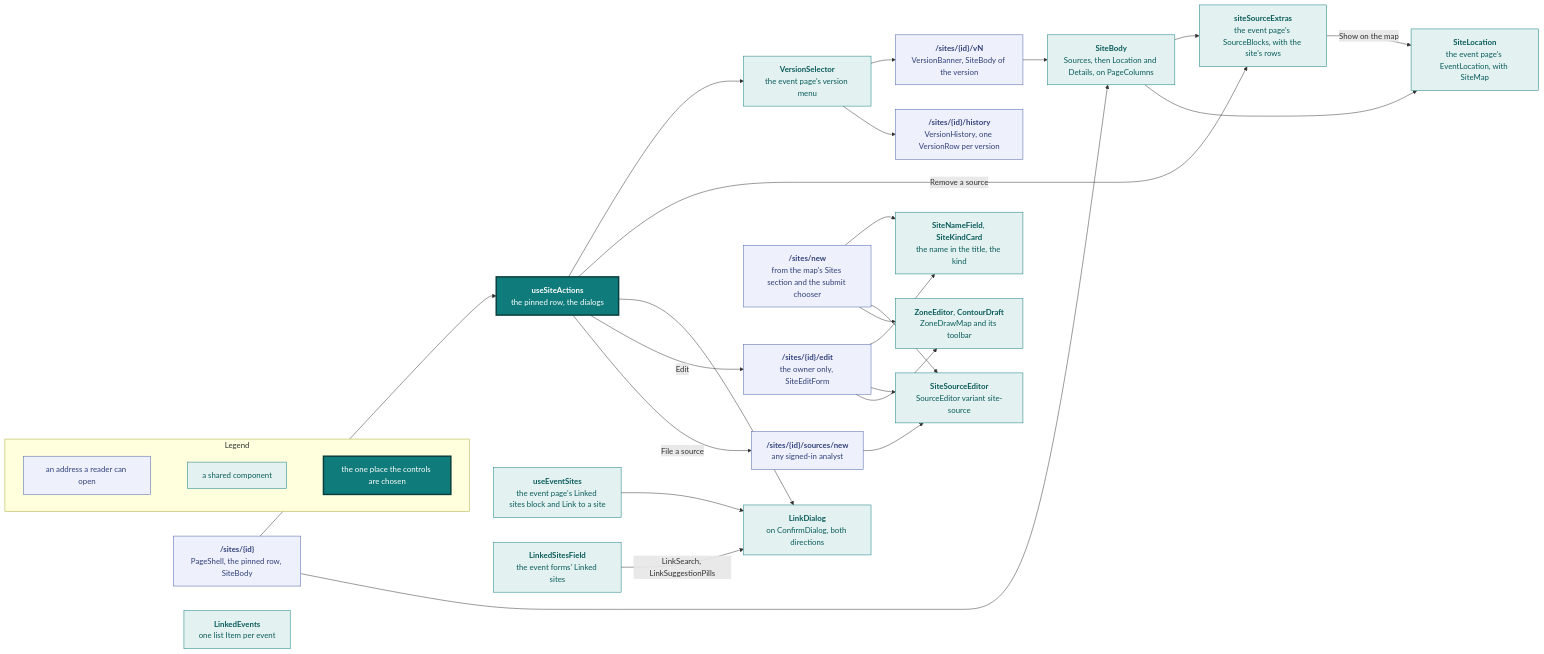
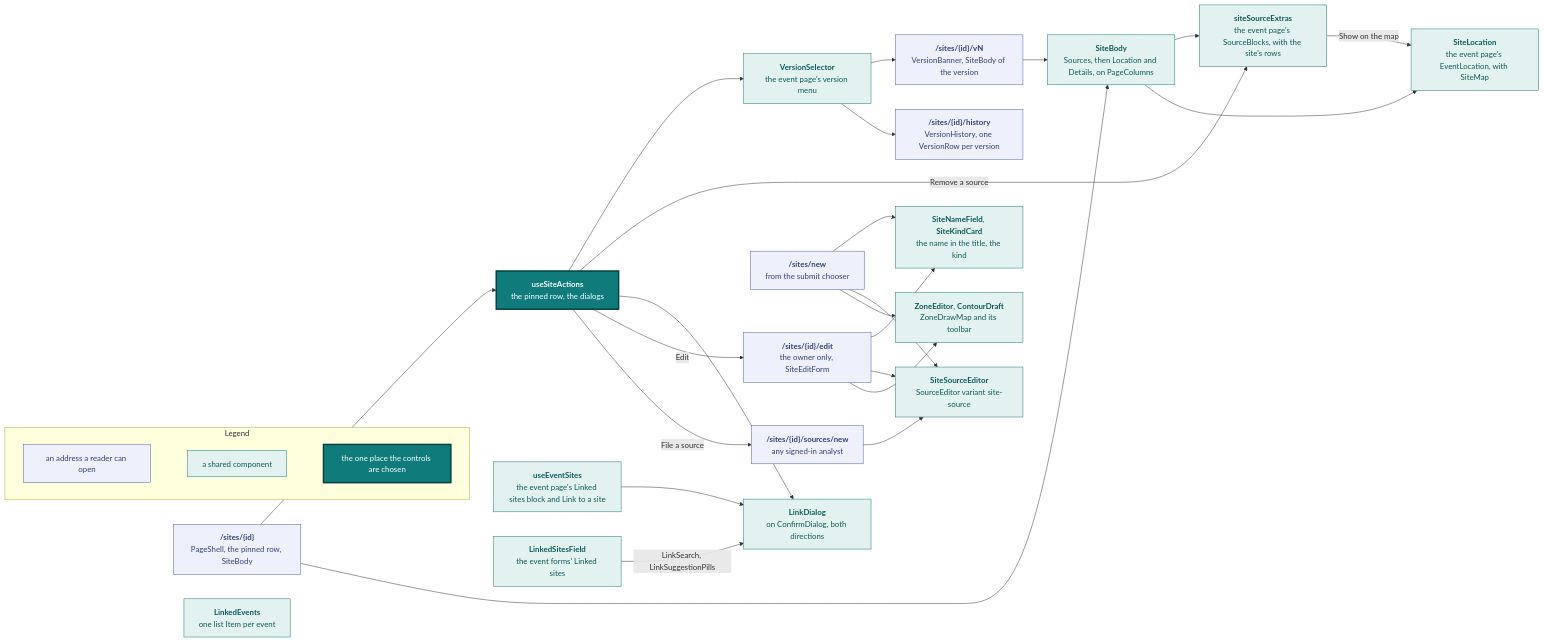
Diagram 16 of 20 in docs/design.md (vidithq/vidit), drawn with Mermaid before and after one commit. The commit also changed other lines of this file, not shown here.

Commit message:
docs(design): cut feed, profile, organization, collections, sites and requests

````diff
--- a/docs/design.md
+++ b/docs/design.md
@@ -1318,74 +1146,74 @@
 ```mermaid
 flowchart LR
   classDef spec fill:#eef1fb,stroke:#4a5fa5,color:#33417a
   classDef shared fill:#e3f2f1,stroke:#0f7b7a,color:#0b5c5b
   classDef core fill:#0f7b7a,stroke:#083f3e,stroke-width:3px,color:#ffffff
 
   subgraph legend [Legend]
     direction LR
     l1["`an address a reader can open`"]:::spec
     l2["`a shared component`"]:::shared
     l3["`the one place the controls are chosen`"]:::core
     l1 ~~~ l2 ~~~ l3
   end
 
   page["`**/sites/{id}**
   PageShell, the pinned row, SiteBody`"]:::spec
   version["`**/sites/{id}/vN**
   VersionBanner, SiteBody of the version`"]:::spec
   history["`**/sites/{id}/history**
   VersionHistory, one VersionRow per version`"]:::spec
   edit["`**/sites/{id}/edit**
   the owner only, SiteEditForm`"]:::spec
   file["`**/sites/{id}/sources/new**
   any signed-in analyst`"]:::spec
   create["`**/sites/new**
-  from the map's Sites section and the submit chooser`"]:::spec
+  from the submit chooser`"]:::spec
   actions["`**useSiteActions**
   the pinned row, the dialogs`"]:::core
   body["`**SiteBody**
   Sources, then Location and Details, on PageColumns`"]:::shared
   selector["`**VersionSelector**
   the event page's version menu`"]:::shared
   card["`**siteSourceExtras**
   the event page's SourceBlocks, with the site's rows`"]:::shared
   zone["`**SiteLocation**
   the event page's EventLocation, with SiteMap`"]:::shared
   linked["`**LinkedEvents**
   one list Item per event`"]:::shared
   dialog["`**LinkDialog**
   on ConfirmDialog, both directions`"]:::shared
   fields["`**SiteNameField**, **SiteKindCard**
   the name in the title, the kind`"]:::shared
   sourceEd["`**SiteSourceEditor**
   SourceEditor variant site-source`"]:::shared
   zoneed["`**ZoneEditor**, **ContourDraft**
   ZoneDrawMap and its toolbar`"]:::shared
   event["`**useEventSites**
   the event page's Linked sites block and Link to a site`"]:::shared
   eventform["`**LinkedSitesField**
   the event forms' Linked sites`"]:::shared
 
   page --> actions
   page --> body
   version --> body
   body --> card
   body --> zone
   card -->|"Show on the map"| zone
   actions --> selector
   actions -->|"Remove a source"| card
   actions --> dialog
   event --> dialog
   eventform -->|"LinkSearch, LinkSuggestionPills"| dialog
   selector --> version
   selector --> history
   actions -->|"Edit"| edit
   actions -->|"File a source"| file
   edit --> fields
   edit --> sourceEd
   edit --> zoneed
   create --> fields
   create --> sourceEd
   create --> zoneed
   file --> sourceEd
 ```
````
